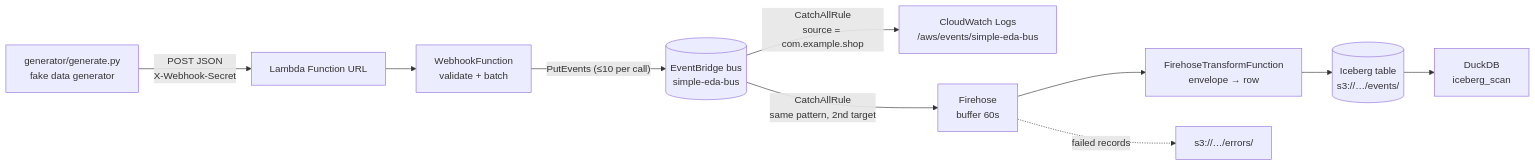
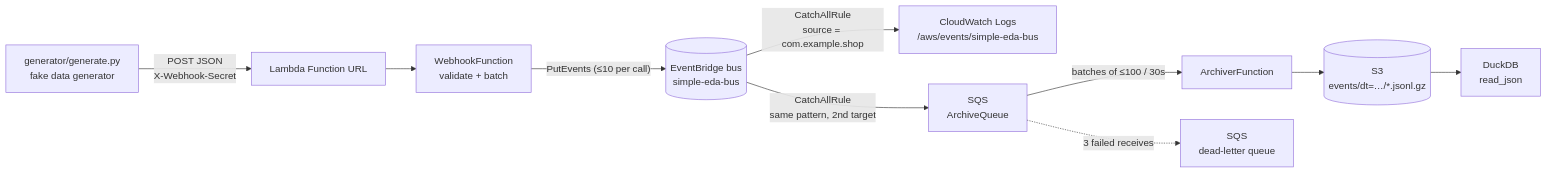
Before and after one commit to dataGriff/aws.eda.simple: the diagram in README.md, drawn with Mermaid. The commit also changed other lines of this file and 22 other files, not shown here.

````diff
--- a/README.md
+++ b/README.md
@@ -12,12 +12,12 @@
 ```mermaid
 flowchart LR
     G[generator/generate.py<br/>fake data generator] -- "POST JSON<br/>X-Webhook-Secret" --> U[Lambda Function URL]
     U --> L[WebhookFunction<br/>validate + batch]
     L -- "PutEvents (≤10 per call)" --> B[(EventBridge bus<br/>simple-eda-bus)]
     B -- "CatchAllRule<br/>source = com.example.shop" --> C[CloudWatch Logs<br/>/aws/events/simple-eda-bus]
-    B -- "CatchAllRule<br/>same pattern, 2nd target" --> F[Firehose<br/>buffer 60s]
-    F --> T[FirehoseTransformFunction<br/>envelope → row]
-    T --> I[(Iceberg table<br/>s3://…/events/)]
-    I --> D[DuckDB<br/>iceberg_scan]
-    F -. "failed records" .-> E[s3://…/errors/]
+    B -- "CatchAllRule<br/>same pattern, 2nd target" --> Q[SQS<br/>ArchiveQueue]
+    Q -- "batches of ≤100 / 30s" --> A[ArchiverFunction]
+    A --> S[(S3<br/>events/dt=…/*.jsonl.gz)]
+    S --> D[DuckDB<br/>read_json]
+    Q -. "3 failed receives" .-> X[SQS<br/>dead-letter queue]
 ```
````
